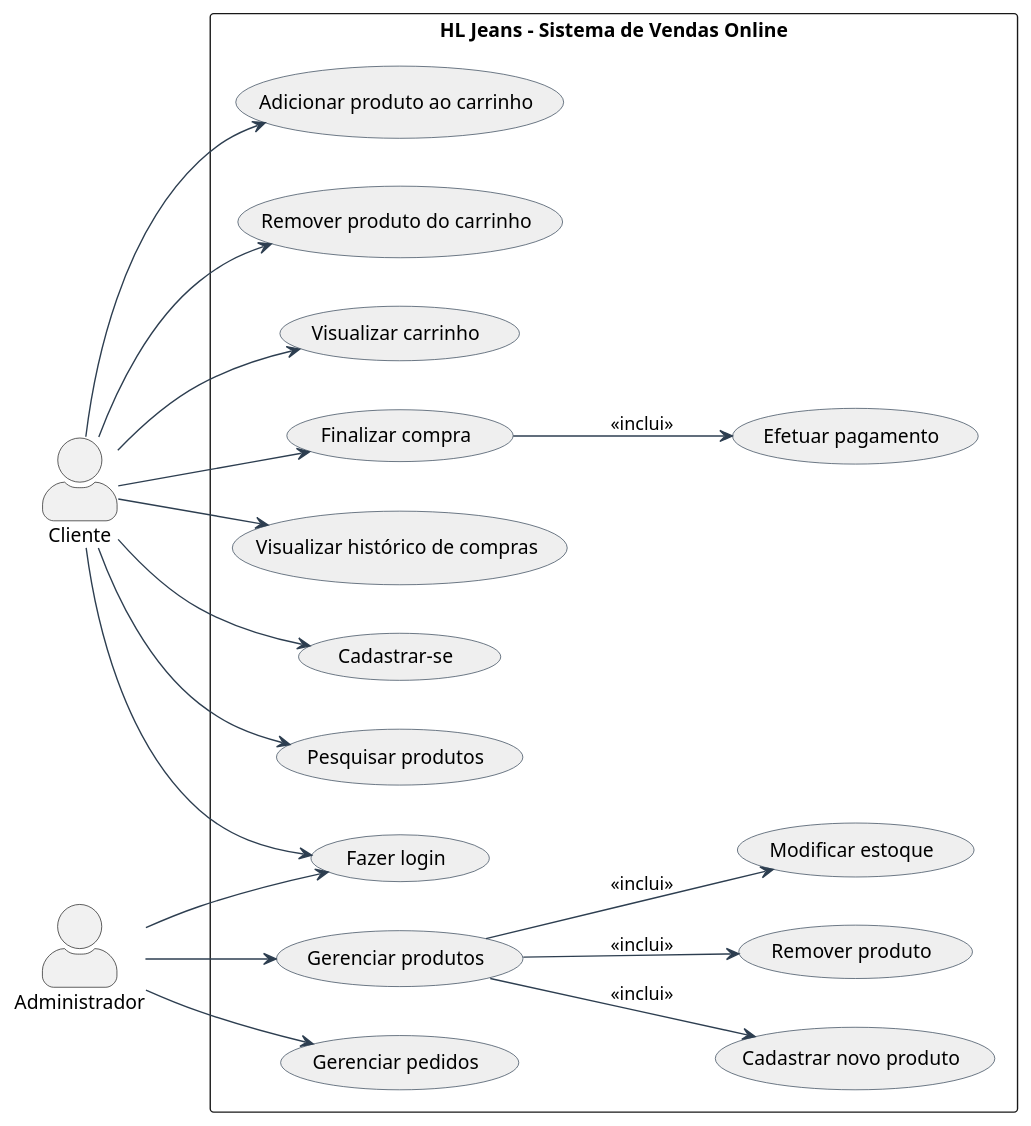
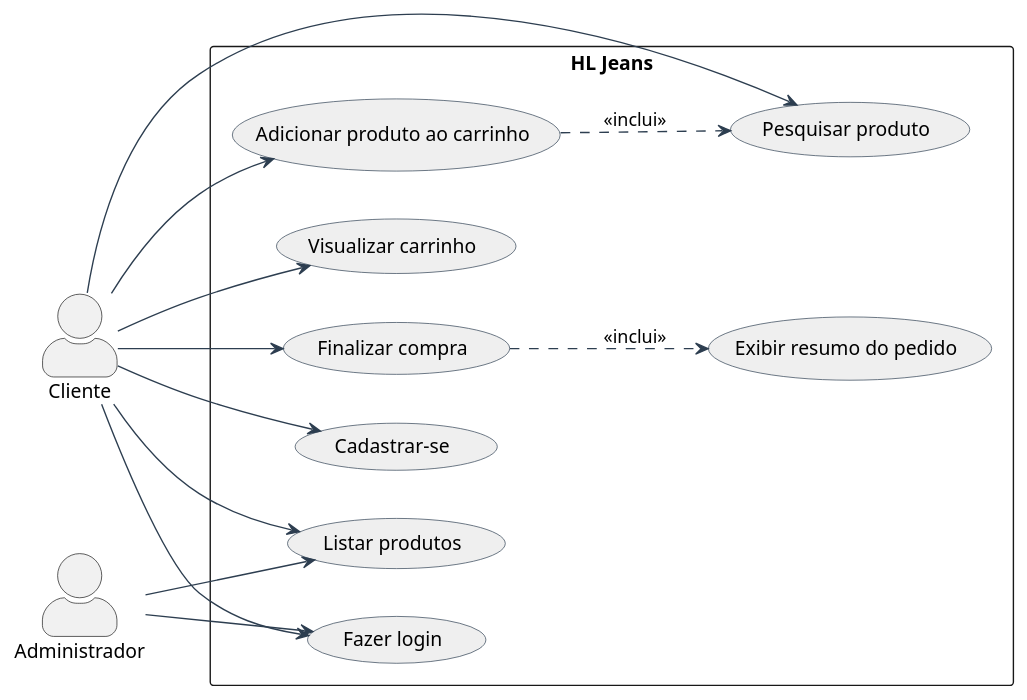
The diagram in caso_de_uso.puml (JHugoRodrigues/HL_Jeans), drawn with PlantUML before and after one commit. The commit also changed other lines of this file, not shown here.

```diff
--- a/caso_de_uso.puml
+++ b/caso_de_uso.puml
@@ -1,55 +1,50 @@
 @startuml HL_Jeans
 left to right direction
 skinparam packageStyle rectangle
 skinparam actorStyle awesome
 skinparam shadowing false
 skinparam usecase {
   BackgroundColor #EFEFEF
   BorderColor #2D3E50
   ArrowColor #2D3E50
 }
 
 actor "Cliente" as Cliente
 actor "Administrador" as Admin
 
-rectangle "HL Jeans - Sistema de Vendas Online" {
+rectangle "HL Jeans" {
     
+    ' Funcionalidades centrais
+    (Fazer login) as Login
+    (Listar produtos) as Listar
+    
+    ' Funcionalidades do Cliente
     (Cadastrar-se) as Cadastrar
-    (Fazer login) as Login
-    (Pesquisar produtos) as Pesquisar
+    (Pesquisar produto) as Pesquisar
     (Adicionar produto ao carrinho) as AdicionarCarrinho
-    (Remover produto do carrinho) as RemoverCarrinho
     (Visualizar carrinho) as VerCarrinho
     (Finalizar compra) as FinalizarCompra
-    (Visualizar histórico de compras) as Historico
-    (Efetuar pagamento) as Pagamento
-    
-    (Gerenciar produtos) as GerenciarProdutos
-    (Modificar estoque) as ModificarEstoque
-    (Cadastrar novo produto) as CadastrarProduto
-    (Remover produto) as RemoverProduto
-    (Gerenciar pedidos) as GerenciarPedidos
+    (Exibir resumo do pedido) as ExibirResumo
 }
 
 ' --- Relacionamentos do Cliente ---
 Cliente --> Cadastrar
 Cliente --> Login
+Cliente --> Listar
 Cliente --> Pesquisar
 Cliente --> AdicionarCarrinho
-Cliente --> RemoverCarrinho
 Cliente --> VerCarrinho
 Cliente --> FinalizarCompra
-Cliente --> Historico
-
-FinalizarCompra --> Pagamento : <<inclui>>
 
 ' --- Relacionamentos do Administrador ---
 Admin --> Login
-Admin --> GerenciarProdutos
-Admin --> GerenciarPedidos
+Admin --> Listar 
 
-GerenciarProdutos --> ModificarEstoque : <<inclui>>
-GerenciarProdutos --> CadastrarProduto : <<inclui>>
-GerenciarProdutos --> RemoverProduto : <<inclui>>
+' --- Relações de Inclusão (<<inclui>>) ---
+' Para adicionar, o sistema *sempre* inclui a pesquisa
+(AdicionarCarrinho) ..> (Pesquisar) : <<inclui>>
+
+' Para finalizar, o sistema *sempre* exibe o resumo e limpa o carrinho
+(FinalizarCompra) ..> (ExibirResumo) : <<inclui>>
 
 @enduml
```
